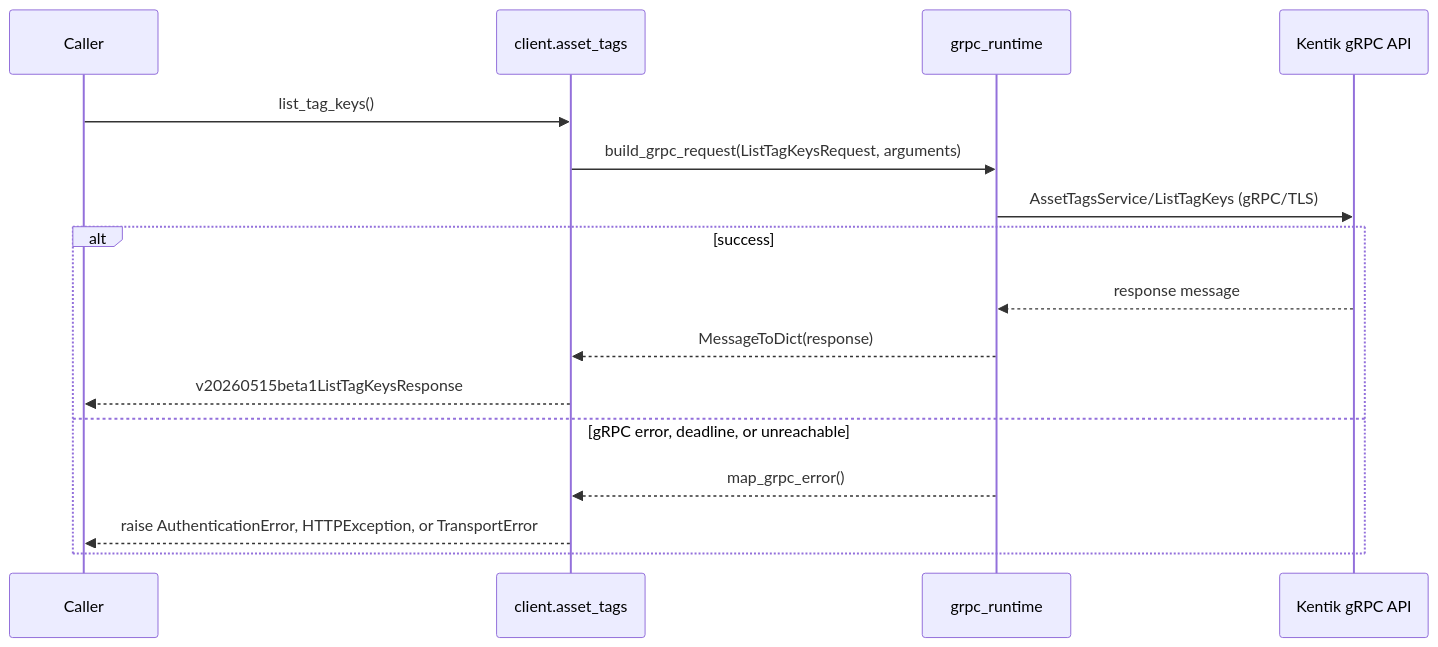
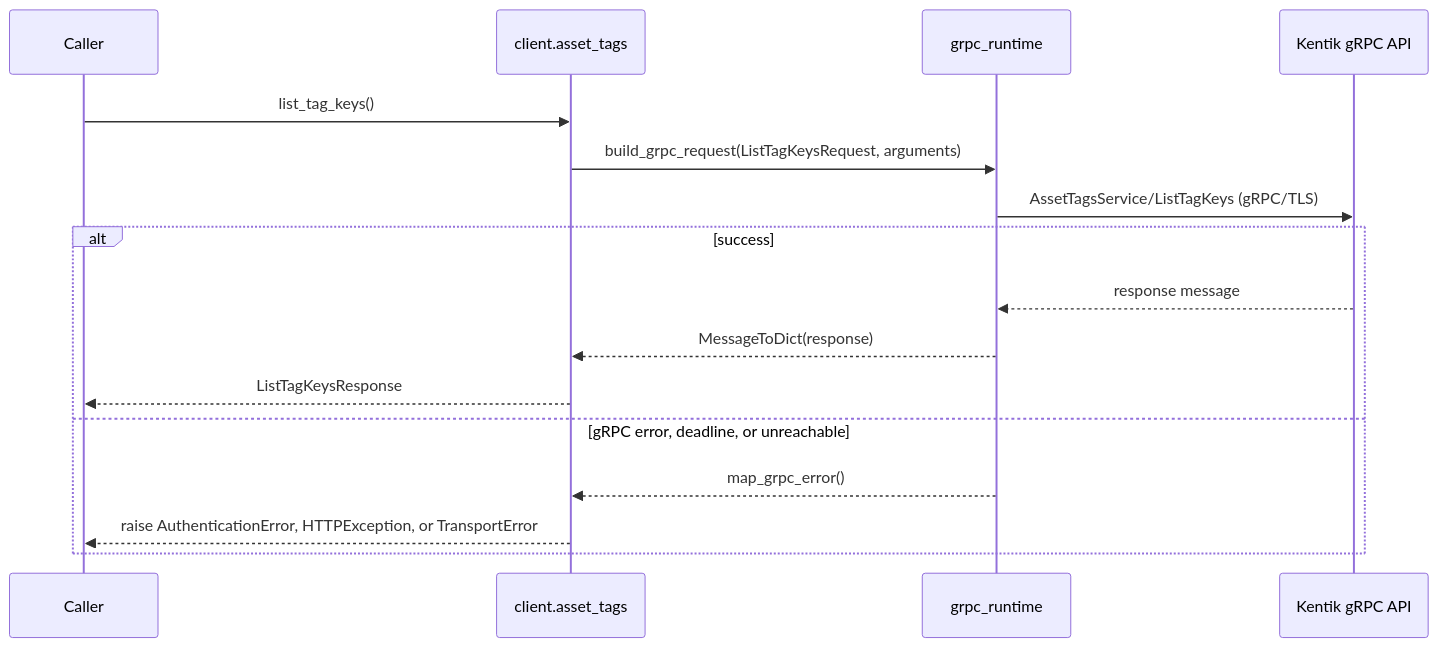
Before and after one commit to alexdearaujo/community_sdk_python: the fifth of 20 diagrams in docs/sphinx/services/asset_tags.md, drawn with Mermaid. The commit also changed other lines of this file and 38 other files, not shown here.

````diff
--- a/docs/sphinx/services/asset_tags.md
+++ b/docs/sphinx/services/asset_tags.md
@@ -137,19 +137,19 @@
 ```mermaid
 sequenceDiagram
     participant C as Caller
     participant W as client.asset_tags
     participant R as grpc_runtime
     participant API as Kentik gRPC API
 
     C->>W: list_tag_keys()
     W->>R: build_grpc_request(ListTagKeysRequest, arguments)
     R->>API: AssetTagsService/ListTagKeys (gRPC/TLS)
     alt success
         API-->>R: response message
         R-->>W: MessageToDict(response)
-        W-->>C: v20260515beta1ListTagKeysResponse
+        W-->>C: ListTagKeysResponse
     else gRPC error, deadline, or unreachable
         R-->>W: map_grpc_error()
         W-->>C: raise AuthenticationError, HTTPException, or TransportError
     end
 ```
````
